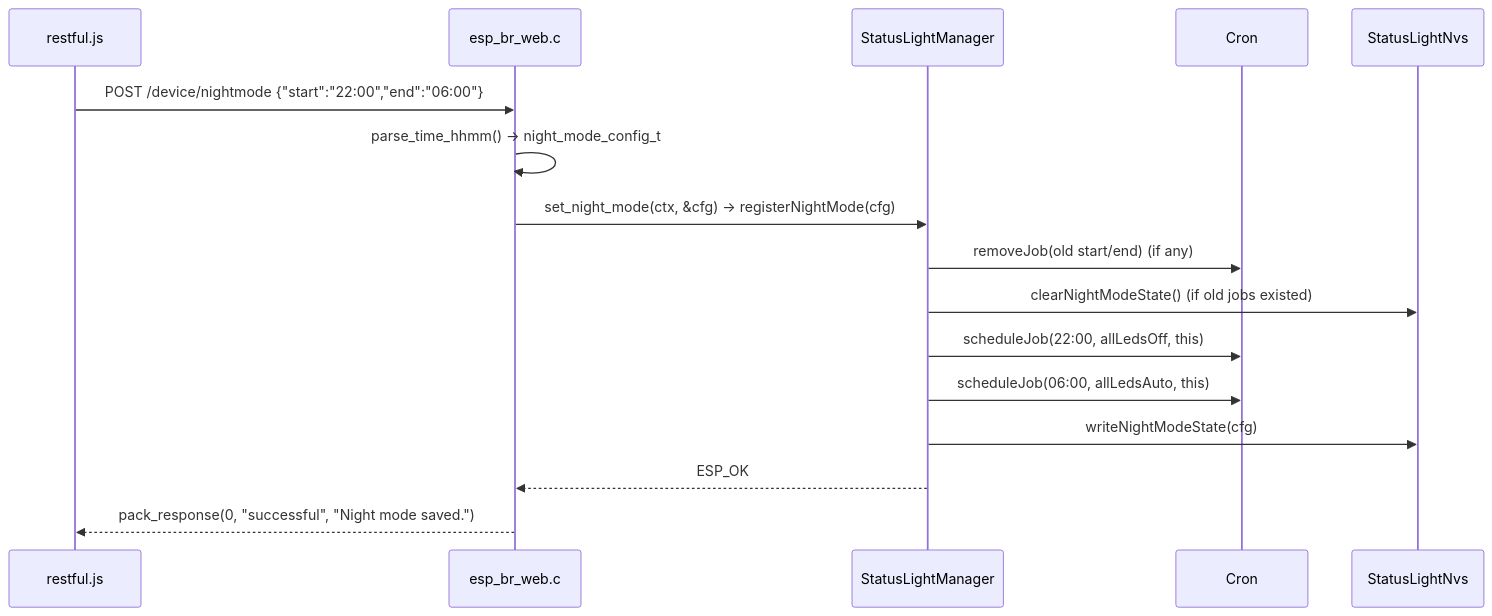
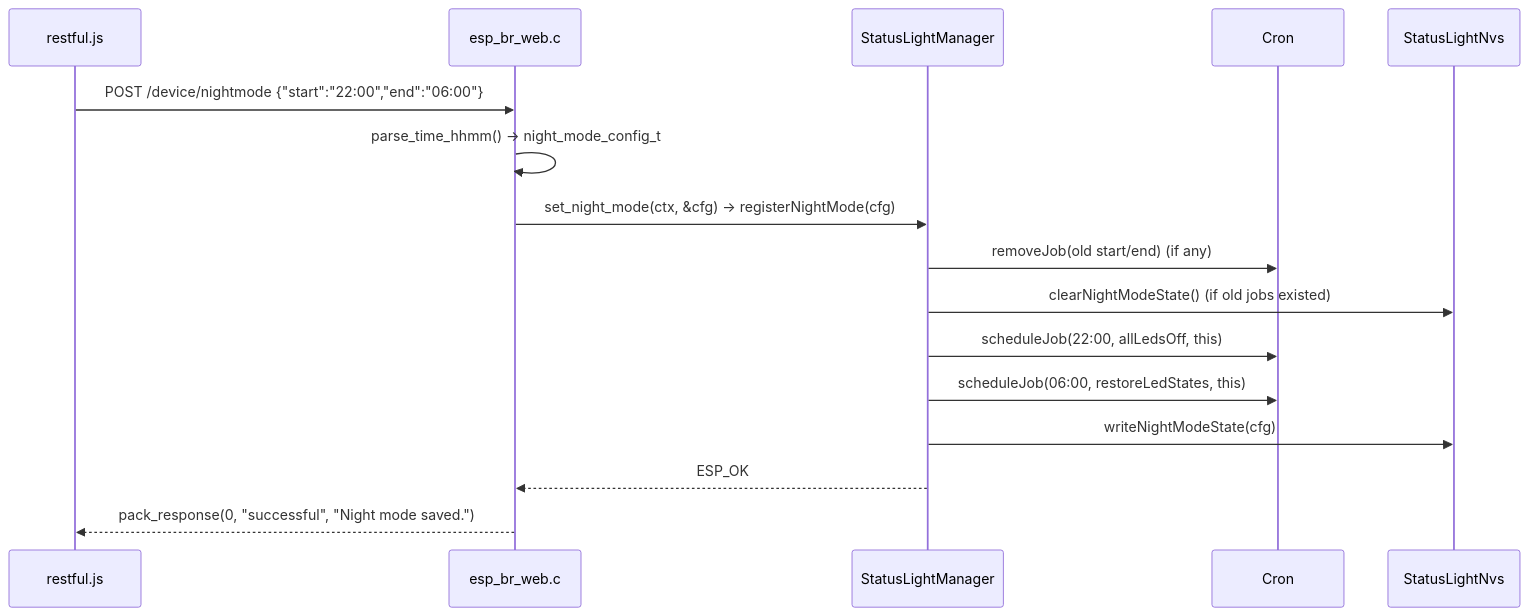
One commit to codm/czc-unified changed the fifth of 5 diagrams in README.md. Above: the diagram before and after it, drawn with Mermaid. The commit also changed other lines of this file and 1 other file, not shown here.

````diff
--- a/README.md
+++ b/README.md
@@ -929,19 +930,19 @@
 ```mermaid
 sequenceDiagram
     participant UI as restful.js
     participant Web as esp_br_web.c
     participant SLM as StatusLightManager
     participant Cron as Cron
     participant NVS as StatusLightNvs
 
     UI->>Web: POST /device/nightmode {"start":"22:00","end":"06:00"}
     Web->>Web: parse_time_hhmm() → night_mode_config_t
     Web->>SLM: set_night_mode(ctx, &cfg) → registerNightMode(cfg)
     SLM->>Cron: removeJob(old start/end) (if any)
     SLM->>NVS: clearNightModeState() (if old jobs existed)
     SLM->>Cron: scheduleJob(22:00, allLedsOff, this)
-    SLM->>Cron: scheduleJob(06:00, allLedsAuto, this)
+    SLM->>Cron: scheduleJob(06:00, restoreLedStates, this)
     SLM->>NVS: writeNightModeState(cfg)
     SLM-->>Web: ESP_OK
     Web-->>UI: pack_response(0, "successful", "Night mode saved.")
 ```
````
